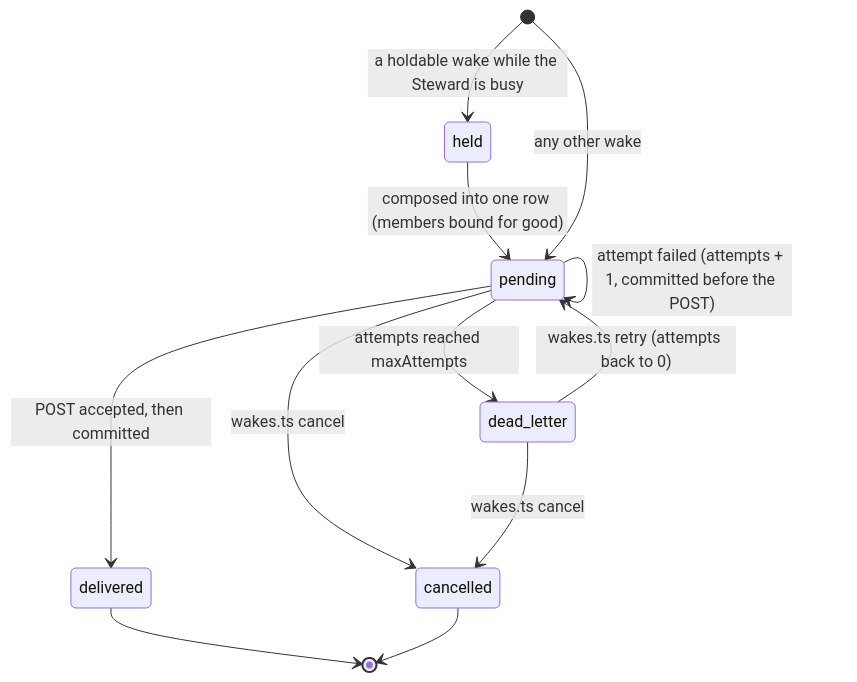
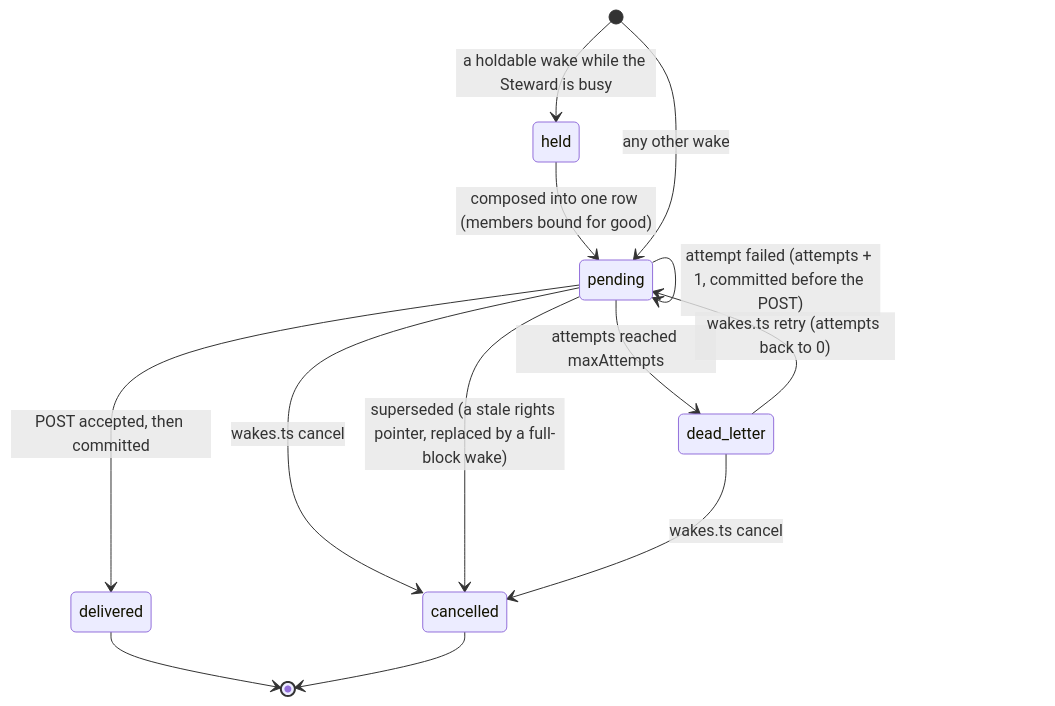
One commit to nbost130/chamberlain changed the third of 4 diagrams in docs/ARCHITECTURE.md. Above: the diagram before and after it, drawn with Mermaid. The commit also changed other lines of this file and 10 other files, not shown here.

````diff
--- a/docs/ARCHITECTURE.md
+++ b/docs/ARCHITECTURE.md
@@ -179,14 +187,15 @@
 ```mermaid
 stateDiagram-v2
   [*] --> held: a holdable wake while the Steward is busy
   held --> pending: composed into one row (members bound for good)
   [*] --> pending: any other wake
   pending --> pending: attempt failed (attempts + 1, committed before the POST)
   pending --> delivered: POST accepted, then committed
   pending --> dead_letter: attempts reached maxAttempts
   dead_letter --> pending: wakes.ts retry (attempts back to 0)
   pending --> cancelled: wakes.ts cancel
+  pending --> cancelled: superseded (a stale rights pointer, replaced by a full-block wake)
   dead_letter --> cancelled: wakes.ts cancel
   delivered --> [*]
   cancelled --> [*]
 ```
````
